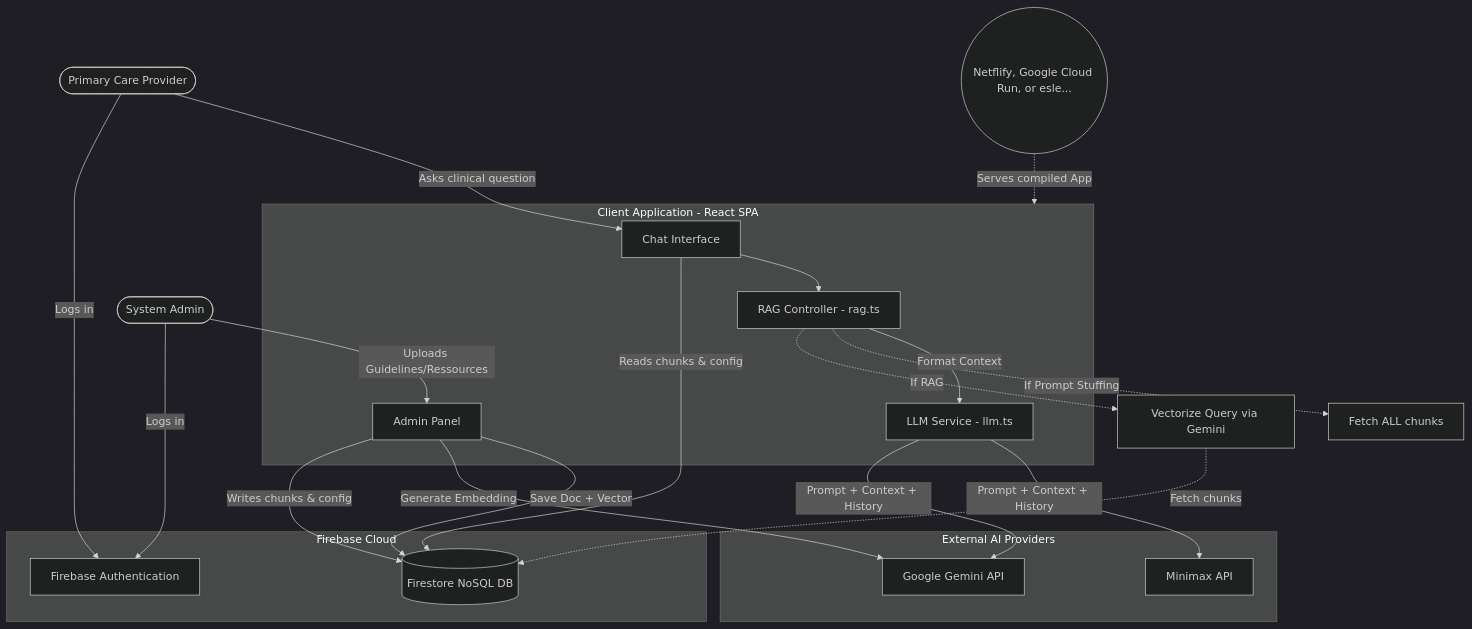
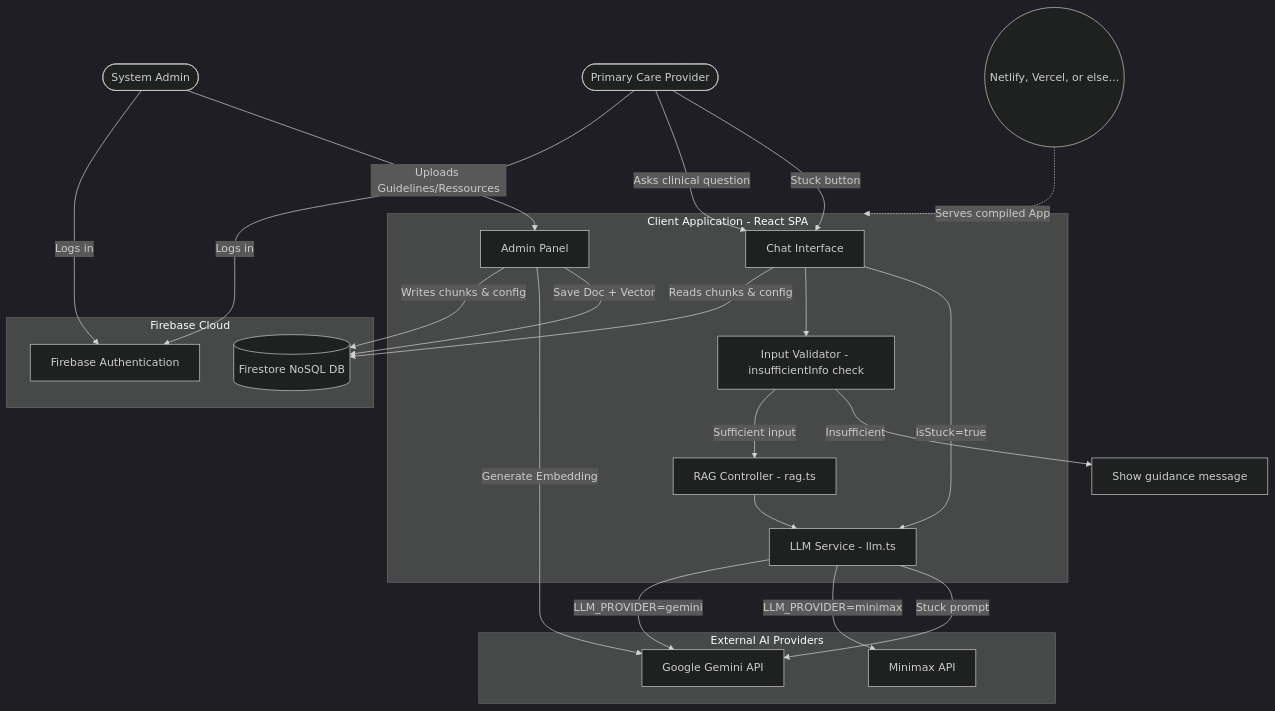
One commit to Arkoys/ai-essential-communication-for-dementia changed the second of 3 diagrams in README.md. Above: the diagram before and after it, drawn with Mermaid (dark theme). The commit also changed other lines of this file, not shown here.

````diff
--- a/README.md
+++ b/README.md
@@ -55,58 +137,60 @@
 ```mermaid
 flowchart TD
     %% Users
     Provider([Primary Care Provider])
     Admin([System Admin])
 
     %% Frontend App
     subgraph Client [Client Application - React SPA]
         UI_Chat[Chat Interface]
         UI_Admin[Admin Panel]
+        InputValidator[Input Validator - insufficientInfo check]
         RAG_Engine[RAG Controller - rag.ts]
         LLM_Service[LLM Service - llm.ts]
     end
 
     %% Firebase / BaaS
     subgraph Firebase [Firebase Cloud]
         Auth[Firebase Authentication]
         Firestore[(Firestore NoSQL DB)]
     end
 
     %% External APIs
     subgraph External_APIs [External AI Providers]
         Gemini[Google Gemini API]
         Minimax[Minimax API]
     end
 
     %% Cloud Hosting
-    Hosting((Netflify, Google Cloud Run, or esle...))
+    Hosting((Netlify, Vercel, or else...))
 
     %% Connections - Auth & DB
     Provider -->|Logs in| Auth
     Admin -->|Logs in| Auth
     UI_Chat -->|Reads chunks & config| Firestore
     UI_Admin -->|Writes chunks & config| Firestore
 
+    %% Input Validation Flow
+    Provider -->|Asks clinical question| UI_Chat
+    UI_Chat --> InputValidator
+    InputValidator -->|Sufficient input| RAG_Engine
+    InputValidator -->|Insufficient| Guidance[Show guidance message]
+
     %% RAG Admin Flow
     Admin -->|Uploads Guidelines/Ressources| UI_Admin
     UI_Admin -->|Generate Embedding| Gemini
     UI_Admin -->|Save Doc + Vector| Firestore
 
-    %% Chat & RAG Query Flow
-    Provider -->|Asks clinical question| UI_Chat
-    UI_Chat --> RAG_Engine
+    %% LLM Generation Flow
+    RAG_Engine --> LLM_Service
+    LLM_Service -->|LLM_PROVIDER=gemini| Gemini
+    LLM_Service -->|LLM_PROVIDER=minimax| Minimax
     
-    %% RAG Logic
-    RAG_Engine -.->|If RAG| Gemini_vector[Vectorize Query via Gemini]
-    Gemini_vector -.->|Fetch chunks| Firestore
-    RAG_Engine -.->|If Prompt Stuffing| Firestore_All[Fetch ALL chunks]
-    
-    RAG_Engine -->|Format Context| LLM_Service
-    
-    %% LLM Generation Flow
-    LLM_Service -->|Prompt + Context + History| Gemini
-    LLM_Service -->|Prompt + Context + History| Minimax
-    
+    %% Stuck Mode
+    Provider -->|Stuck button| UI_Chat
+    UI_Chat -->|isStuck=true| LLM_Service
+    LLM_Service -->|Stuck prompt| Gemini
+
     %% Hosting
     Hosting -.->|Serves compiled App| Client
 ```
````
